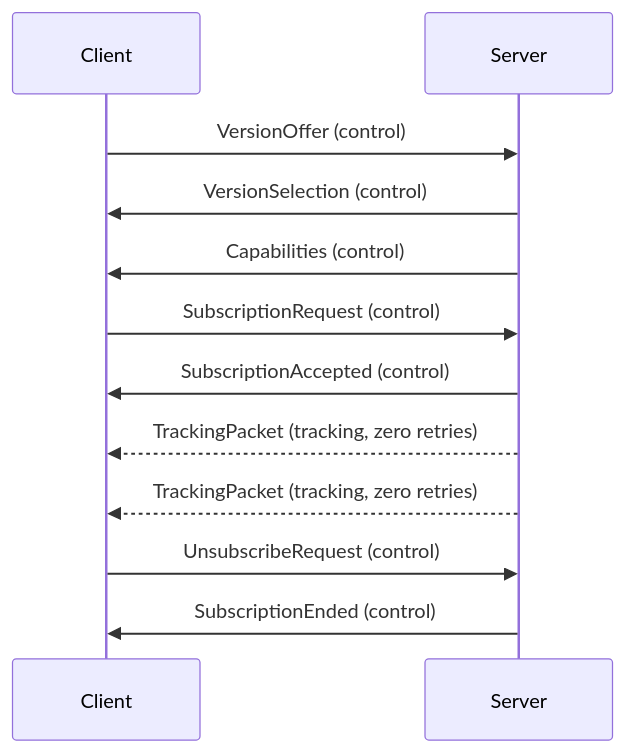
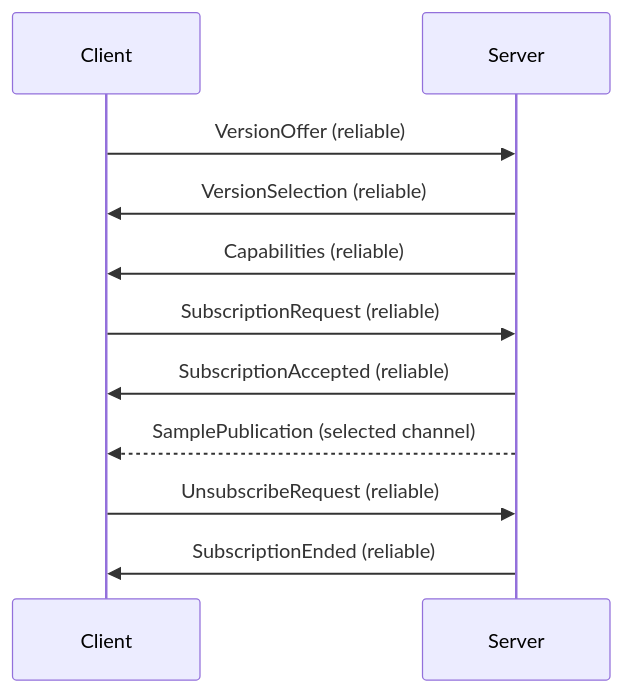
The diagram in protocol/overview.md (mickvangelderen/teleoperator), drawn with Mermaid before and after one commit. The commit also changed other lines of this file and 43 other files, not shown here.

````diff
--- a/protocol/overview.md
+++ b/protocol/overview.md
@@ -32,14 +27,13 @@
 ```mermaid
 sequenceDiagram
     participant C as Client
     participant S as Server
-    C->>S: VersionOffer (control)
-    S->>C: VersionSelection (control)
-    S->>C: Capabilities (control)
-    C->>S: SubscriptionRequest (control)
-    S->>C: SubscriptionAccepted (control)
-    S-->>C: TrackingPacket (tracking, zero retries)
-    S-->>C: TrackingPacket (tracking, zero retries)
-    C->>S: UnsubscribeRequest (control)
-    S->>C: SubscriptionEnded (control)
+    C->>S: VersionOffer (reliable)
+    S->>C: VersionSelection (reliable)
+    S->>C: Capabilities (reliable)
+    C->>S: SubscriptionRequest (reliable)
+    S->>C: SubscriptionAccepted (reliable)
+    S-->>C: SamplePublication (selected channel)
+    C->>S: UnsubscribeRequest (reliable)
+    S->>C: SubscriptionEnded (reliable)
 ```
````
